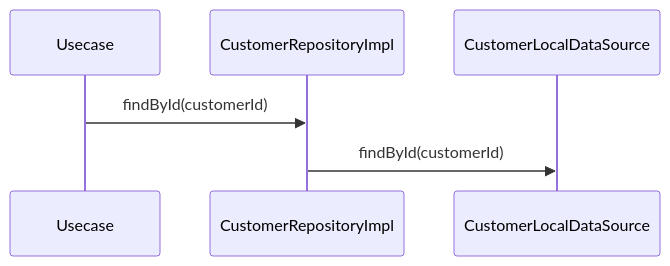
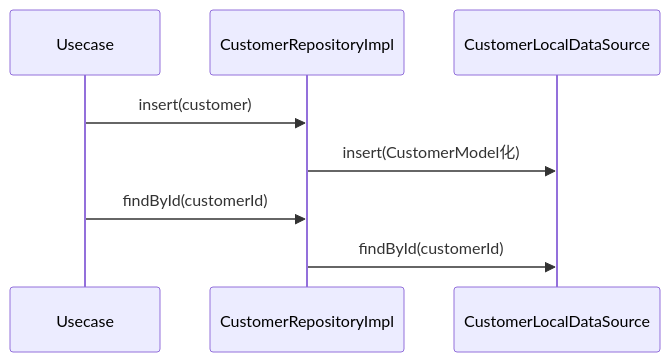
Before and after one commit to MinamiyamaKotaro/m3_pad: the diagram in docs/design/lib/src/features/voucher/data/repositories/customer_repository_impl.md, drawn with Mermaid. The commit also changed other lines of this file and 35 other files, not shown here.

````diff
--- a/docs/design/lib/src/features/voucher/data/repositories/customer_repository_impl.md
+++ b/docs/design/lib/src/features/voucher/data/repositories/customer_repository_impl.md
@@ -13,9 +14,11 @@
 ```mermaid
 sequenceDiagram
     participant U as Usecase
     participant Impl as CustomerRepositoryImpl
     participant D as CustomerLocalDataSource
 
+    U->>Impl: insert(customer)
+    Impl->>D: insert(CustomerModel化)
     U->>Impl: findById(customerId)
     Impl->>D: findById(customerId)
 ```
````
